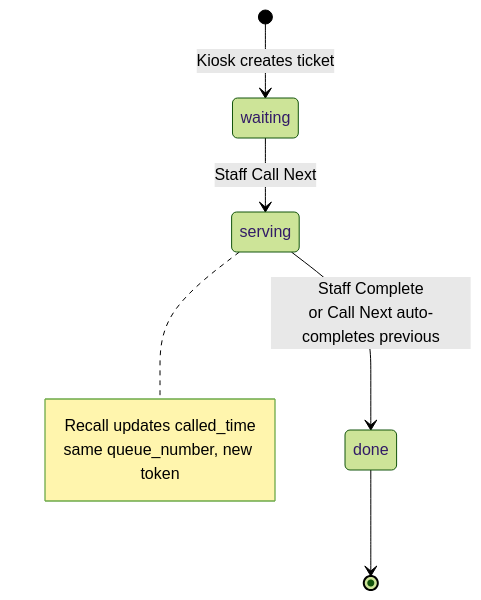
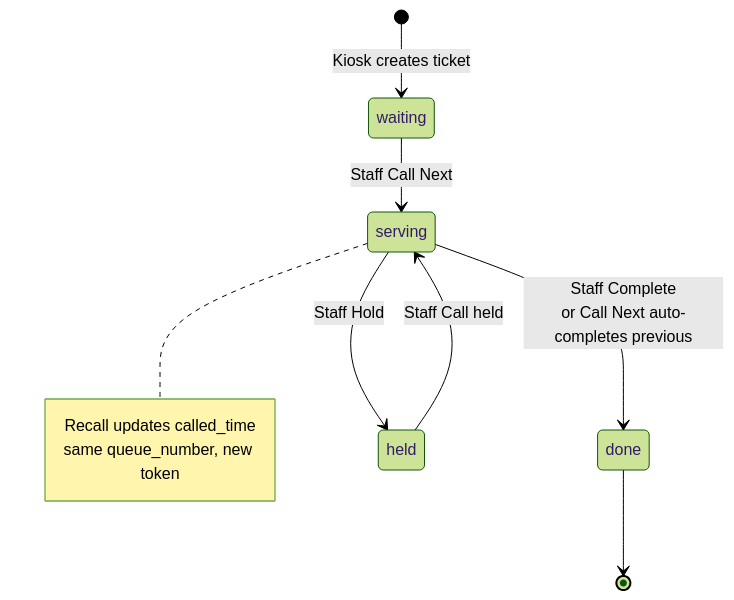
The tenth of 12 diagrams in docs/system-flowchart.md (rhems95/queuing-system), drawn with Mermaid (forest theme) before and after one commit. The commit also changed other lines of this file and 31 other files, not shown here.

First line of the commit message:
Add student ID confirm, Hold, and window-scoped cashier serving.

````diff
--- a/docs/system-flowchart.md
+++ b/docs/system-flowchart.md
@@ -308,8 +314,10 @@
 ```mermaid
 stateDiagram-v2
     [*] --> waiting: Kiosk creates ticket
     waiting --> serving: Staff Call Next
     serving --> done: Staff Complete<br/>or Call Next auto-completes previous
+    serving --> held: Staff Hold
+    held --> serving: Staff Call held
     done --> [*]
     note right of serving: Recall updates called_time<br/>same queue_number, new token
 ```
````
